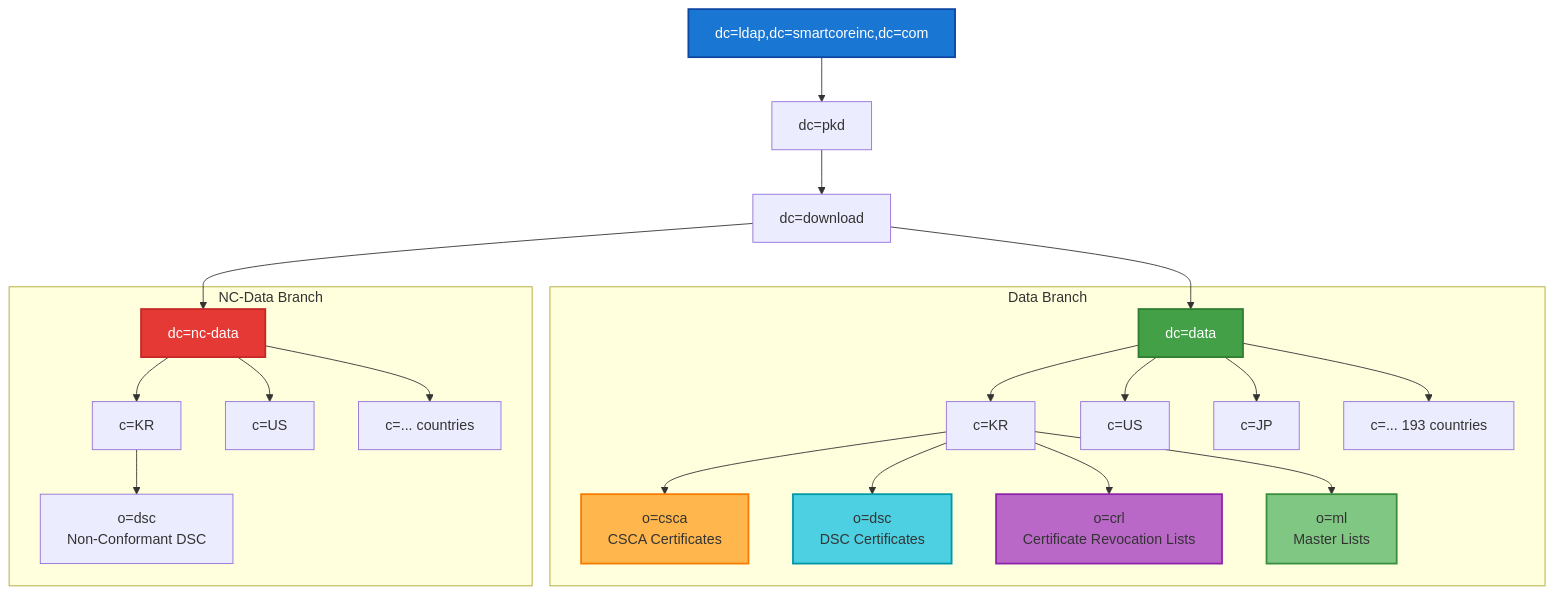
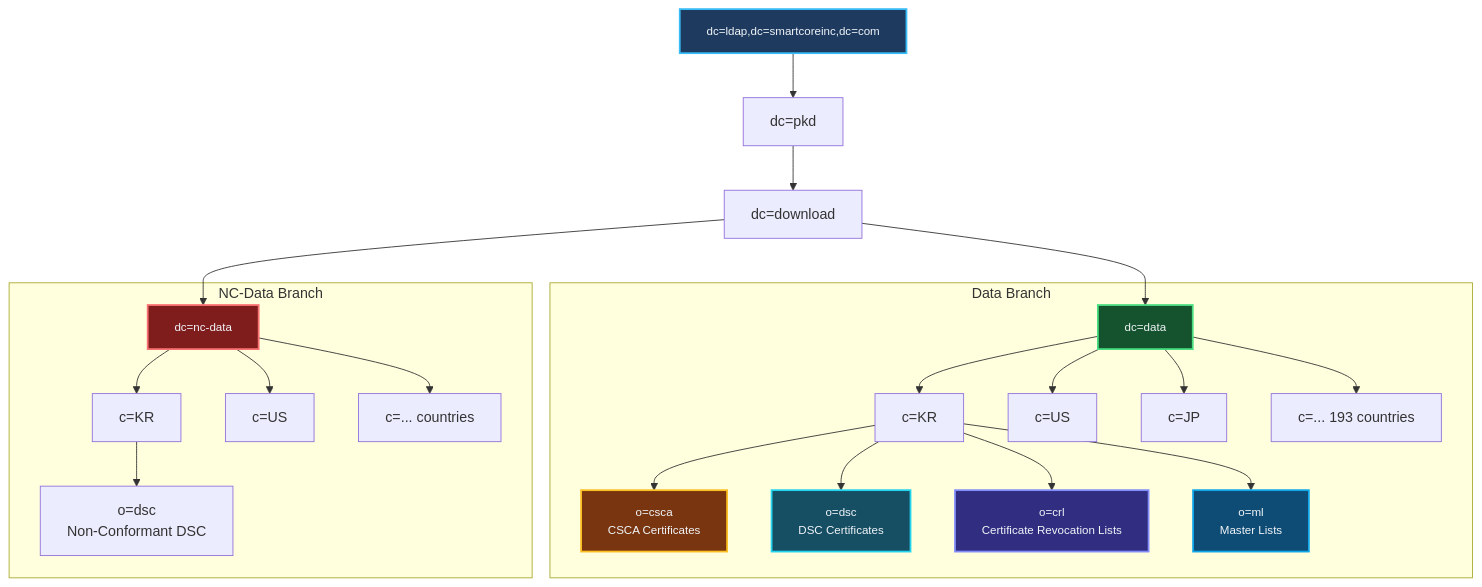
The seventh of 17 diagrams in docs/ARCHITECTURE.md (iland112/icao-local-pkd-cpp), drawn with Mermaid before and after one commit. The commit also changed other lines of this file and 27 other files, not shown here.

````diff
--- a/docs/ARCHITECTURE.md
+++ b/docs/ARCHITECTURE.md
@@ -737,41 +915,41 @@
 ```mermaid
 graph TD
     Root[dc=ldap,dc=smartcoreinc,dc=com]
     PKD[dc=pkd]
     Download[dc=download]
     Data[dc=data]
     NCData[dc=nc-data]
 
     Root --> PKD
     PKD --> Download
     Download --> Data
     Download --> NCData
 
     subgraph "Data Branch"
         Data --> C1[c=KR]
         Data --> C2[c=US]
         Data --> C3[c=JP]
         Data --> CN[c=... 193 countries]
 
         C1 --> CSCA1[o=csca<br/>CSCA Certificates]
         C1 --> DSC1[o=dsc<br/>DSC Certificates]
         C1 --> CRL1[o=crl<br/>Certificate Revocation Lists]
         C1 --> ML1[o=ml<br/>Master Lists]
     end
 
     subgraph "NC-Data Branch"
         NCData --> NC1[c=KR]
         NCData --> NC2[c=US]
         NCData --> NCN[c=... countries]
 
         NC1 --> DSCNC[o=dsc<br/>Non-Conformant DSC]
     end
 
-    style Root fill:#1976D2,stroke:#0D47A1,stroke-width:2px,color:#fff
-    style Data fill:#43A047,stroke:#2E7D32,stroke-width:2px,color:#fff
-    style NCData fill:#E53935,stroke:#C62828,stroke-width:2px,color:#fff
-    style CSCA1 fill:#FFB74D,stroke:#F57C00,stroke-width:2px
-    style DSC1 fill:#4DD0E1,stroke:#0097A7,stroke-width:2px
-    style CRL1 fill:#BA68C8,stroke:#8E24AA,stroke-width:2px
-    style ML1 fill:#81C784,stroke:#388E3C,stroke-width:2px
+    style Root fill:#1e3a5f,stroke:#38bdf8,stroke-width:2px,color:#f1f5f9,font-size:13px
+    style Data fill:#14532d,stroke:#4ade80,stroke-width:2px,color:#f1f5f9,font-size:13px
+    style NCData fill:#7f1d1d,stroke:#f87171,stroke-width:2px,color:#f1f5f9,font-size:13px
+    style CSCA1 fill:#78350f,stroke:#fbbf24,stroke-width:2px,color:#f1f5f9,font-size:13px
+    style DSC1 fill:#164e63,stroke:#22d3ee,stroke-width:2px,color:#f1f5f9,font-size:13px
+    style CRL1 fill:#312e81,stroke:#818cf8,stroke-width:2px,color:#f1f5f9,font-size:13px
+    style ML1 fill:#0f4c75,stroke:#0ea5e9,stroke-width:2px,color:#f1f5f9,font-size:13px
 ```
````
